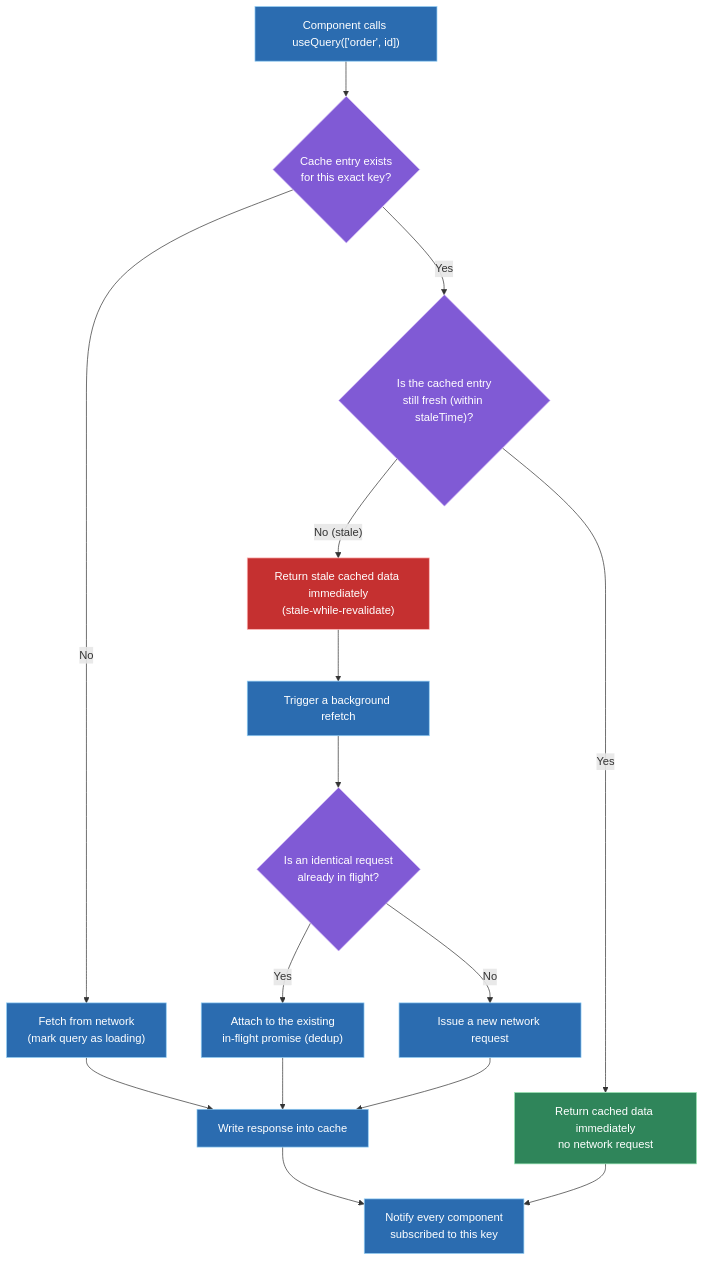
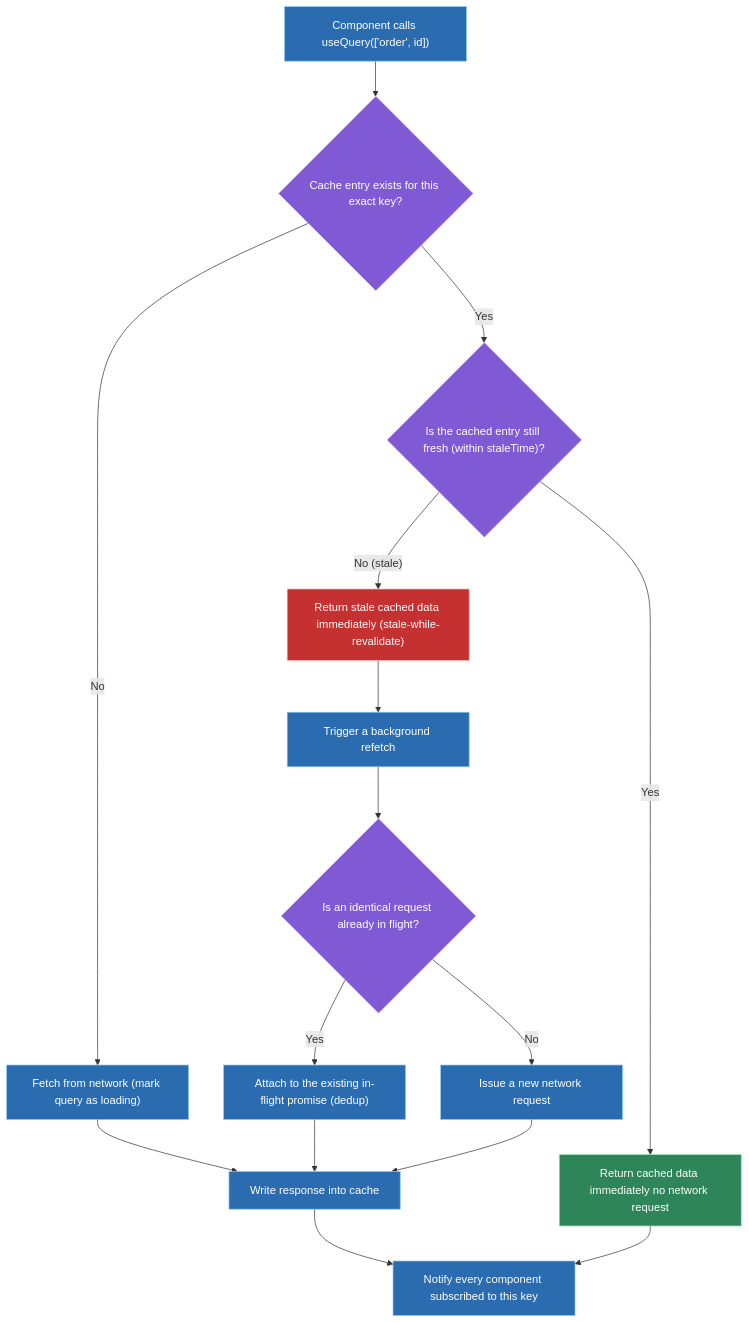
One commit to vinayakhumberi/litmus changed the first of 2 diagrams in data/topics/state-management-scale.md. Above: the diagram before and after it, drawn with Mermaid. The commit also changed 68 other files, not shown here.

````diff
--- a/data/topics/state-management-scale.md
+++ b/data/topics/state-management-scale.md
@@ -159,27 +159,27 @@
 ```mermaid
 graph TD
-    A["Component calls useQuery(['order', id])"] --> B{"Cache entry exists<br>for this exact key?"}
-    B -- "No" --> C["Fetch from network<br>(mark query as loading)"]
+    A["Component calls useQuery(['order', id])"] --> B{"Cache entry exists for this exact key?"}
+    B -- "No" --> C["Fetch from network (mark query as loading)"]
     C --> D["Write response into cache"]
-    B -- "Yes" --> E{"Is the cached entry<br>still fresh (within staleTime)?"}
-    E -- "Yes" --> F["Return cached data immediately<br>no network request"]
-    E -- "No (stale)" --> G["Return stale cached data immediately<br>(stale-while-revalidate)"]
+    B -- "Yes" --> E{"Is the cached entry still fresh (within staleTime)?"}
+    E -- "Yes" --> F["Return cached data immediately no network request"]
+    E -- "No (stale)" --> G["Return stale cached data immediately (stale-while-revalidate)"]
     G --> H["Trigger a background refetch"]
-    H --> I{"Is an identical request<br>already in flight?"}
-    I -- "Yes" --> J["Attach to the existing<br>in-flight promise (dedup)"]
+    H --> I{"Is an identical request already in flight?"}
+    I -- "Yes" --> J["Attach to the existing in-flight promise (dedup)"]
     I -- "No" --> K["Issue a new network request"]
     J --> D
     K --> D
-    D --> L["Notify every component<br>subscribed to this key"]
+    D --> L["Notify every component subscribed to this key"]
     F --> L
 
     classDef decision fill:#805ad5,stroke:#d6bcfa,color:#fff
     classDef action fill:#2b6cb0,stroke:#90cdf4,color:#fff
     classDef stale fill:#c53030,stroke:#feb2b2,color:#fff
     classDef fresh fill:#2f855a,stroke:#9ae6b4,color:#fff
 
     class B,E,I decision
     class A,C,D,H,J,K,L action
     class G stale
     class F fresh
 ```
````
